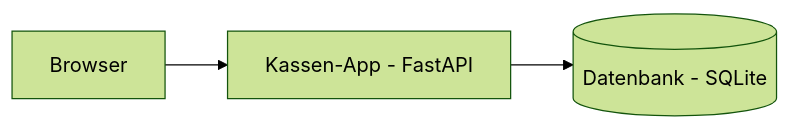
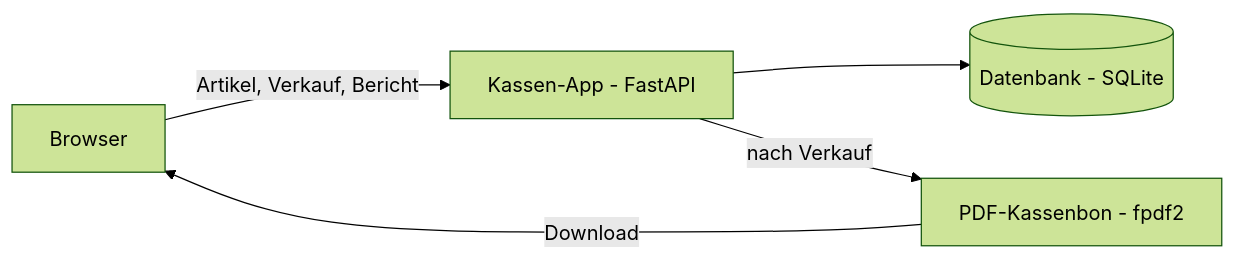
The diagram in README.md (joudakimahyar/laden-it-lab), drawn with Mermaid (forest theme) before and after one commit. The commit also changed other lines of this file and 11 other files, not shown here.

First line of the commit message:
Woche 2: Artikelverwaltung, Tagesbericht und PDF-Kassenbon

````diff
--- a/README.md
+++ b/README.md
@@ -8,5 +8,7 @@
 ```mermaid
 graph LR
-    A[Browser] --> B[Kassen-App - FastAPI]
+    A[Browser] -->|Artikel, Verkauf, Bericht| B[Kassen-App - FastAPI]
     B --> C[(Datenbank - SQLite)]
+    B -->|nach Verkauf| D[PDF-Kassenbon - fpdf2]
+    D -->|Download| A
 ```
````
